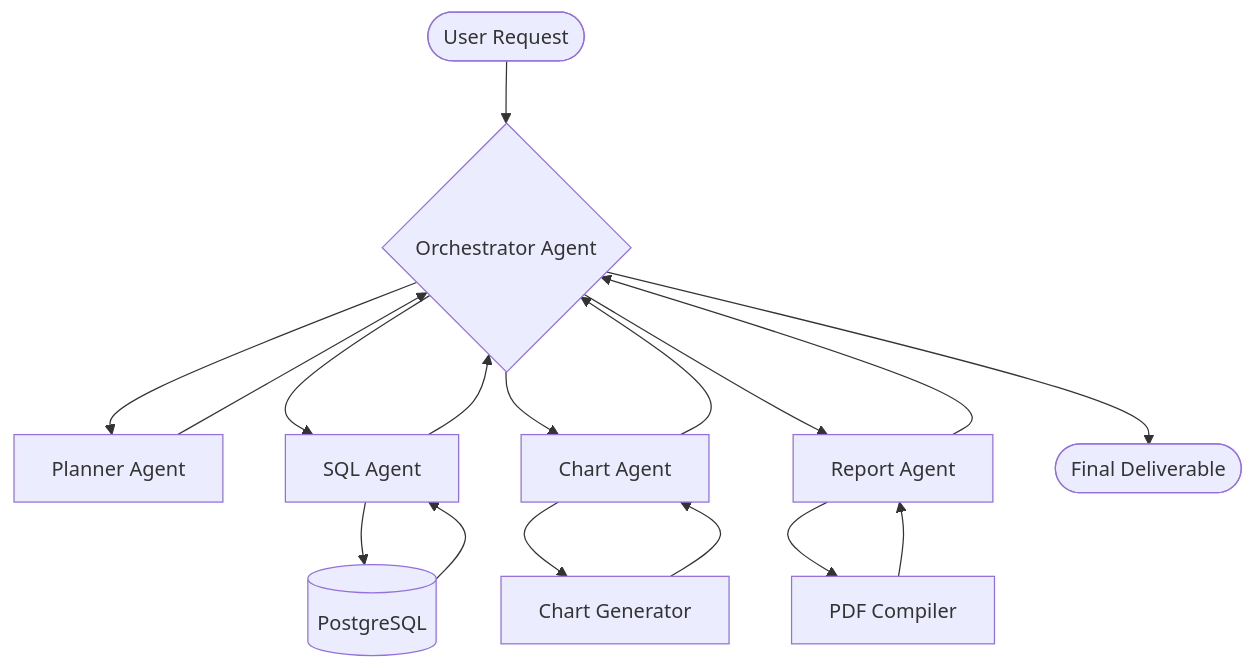
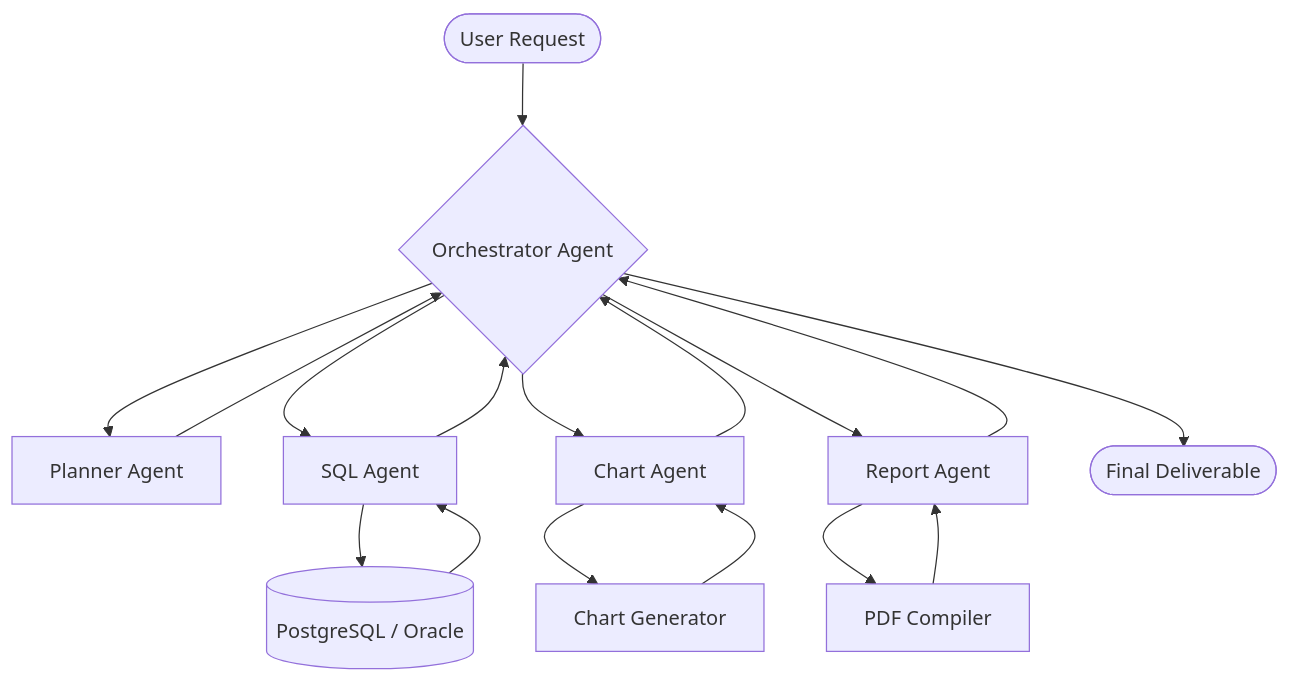
Before and after one commit to VED-VIVEK-TALMALEY/quantumlens-HSBC: the third of 6 diagrams in README.md, drawn with Mermaid. The commit also changed other lines of this file and 7 other files, not shown here.

````diff
--- a/README.md
+++ b/README.md
@@ -776,19 +291,19 @@
 ```mermaid
 graph TD
     User([User Request]) --> Orchestrator{Orchestrator Agent}
     Orchestrator --> Planner[Planner Agent]
     Planner --> Orchestrator
     Orchestrator --> SQLAgent[SQL Agent]
     Orchestrator --> ChartAgent[Chart Agent]
     Orchestrator --> ReportAgent[Report Agent]
-    SQLAgent --> DB[(PostgreSQL)]
+    SQLAgent --> DB[(PostgreSQL / Oracle)]
     ChartAgent --> ImageEngine[Chart Generator]
     ReportAgent --> PDFEngine[PDF Compiler]
     DB --> SQLAgent
     ImageEngine --> ChartAgent
     PDFEngine --> ReportAgent
     SQLAgent --> Orchestrator
     ChartAgent --> Orchestrator
     ReportAgent --> Orchestrator
     Orchestrator --> FinalResponse([Final Deliverable])
 ```
````
